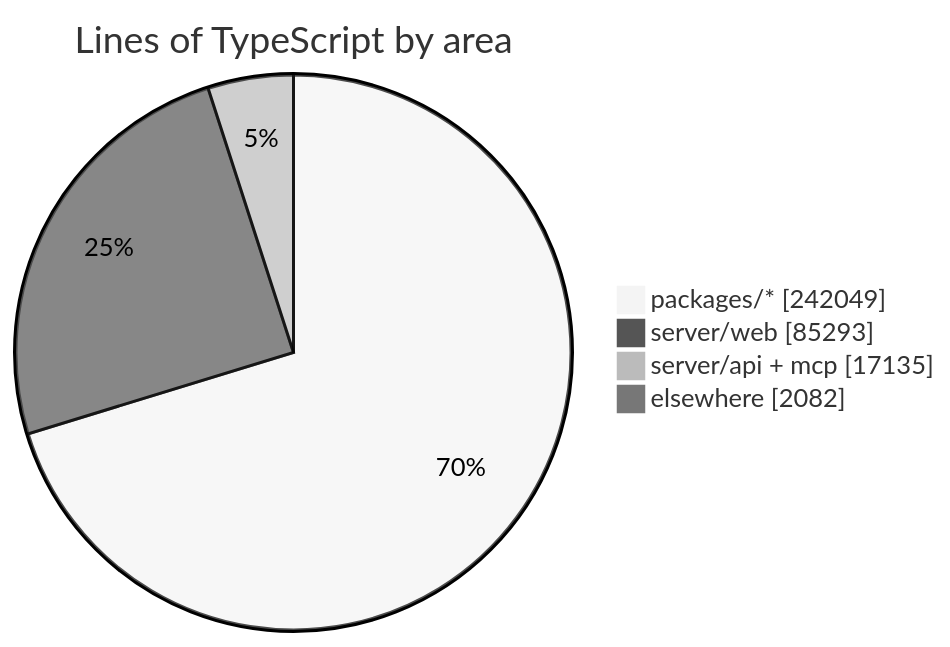
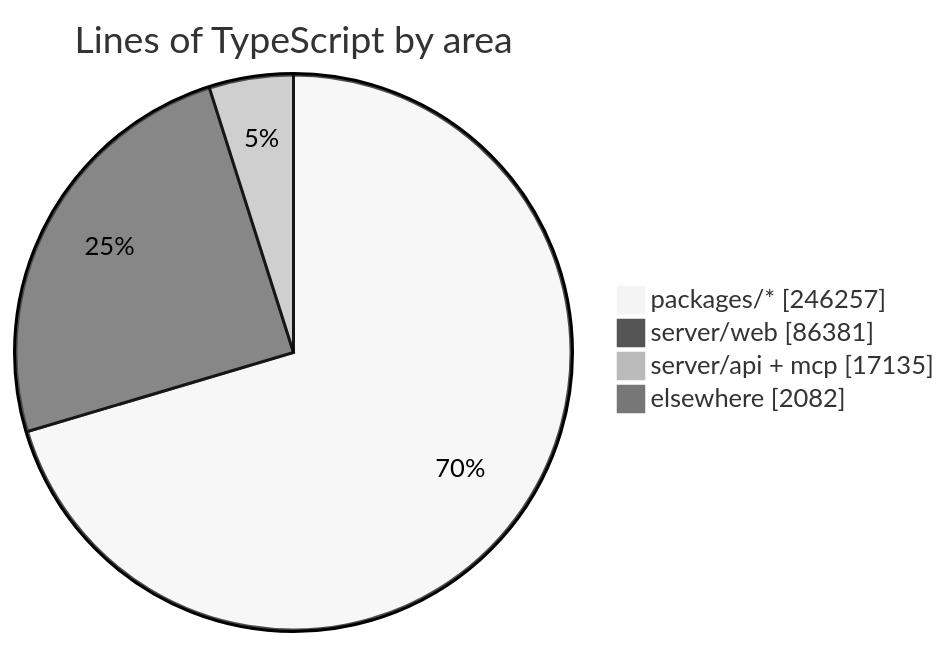
The diagram in README.md (crossworks-engineering/mantle), drawn with Mermaid (neutral theme) before and after one commit. The commit also changed other lines of this file and 2 other files, not shown here.

````diff
--- a/README.md
+++ b/README.md
@@ -287,7 +287,7 @@
 ```mermaid
 pie showData title Lines of TypeScript by area
-    "packages/*" : 242049
-    "server/web" : 85293
+    "packages/*" : 246257
+    "server/web" : 86381
     "server/api + mcp" : 17135
     "elsewhere" : 2082
 ```
````
